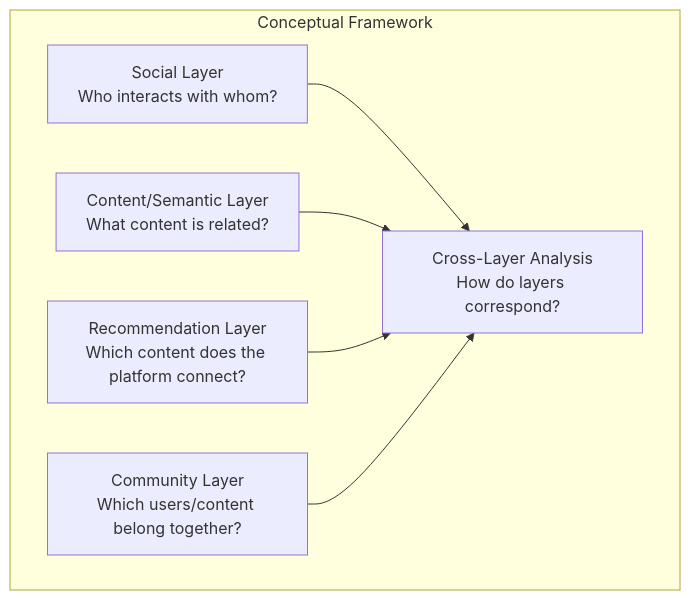
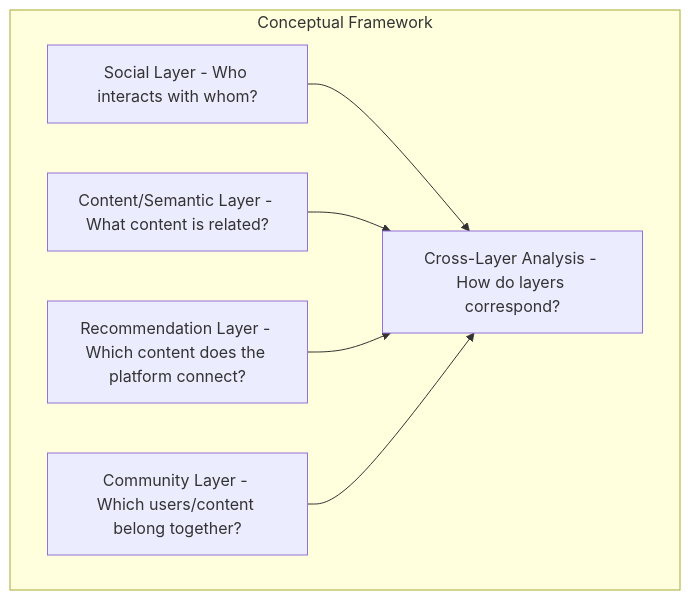
Before and after one commit to Ahmed-yasser86/The_CSocial_Science_Lab: the fifth of 7 diagrams in README.md, drawn with Mermaid. The commit also changed other lines of this file, not shown here.

First line of the commit message:
fix: remove <br/> tags from Mermaid diagrams in README

````diff
--- a/README.md
+++ b/README.md
@@ -1421,14 +1419,14 @@
 ```mermaid
 graph TB
     subgraph "Conceptual Framework"
-        S[Social Layer<br/>Who interacts with whom?]
-        C[Content/Semantic Layer<br/>What content is related?]
-        R[Recommendation Layer<br/>Which content does the platform connect?]
-        CM[Community Layer<br/>Which users/content belong together?]
-        X[Cross-Layer Analysis<br/>How do layers correspond?]
+        S[Social Layer - Who interacts with whom?]
+        C[Content/Semantic Layer - What content is related?]
+        R[Recommendation Layer - Which content does the platform connect?]
+        CM[Community Layer - Which users/content belong together?]
+        X[Cross-Layer Analysis - How do layers correspond?]
     end
     S --> X
     C --> X
     R --> X
     CM --> X
 ```
````
